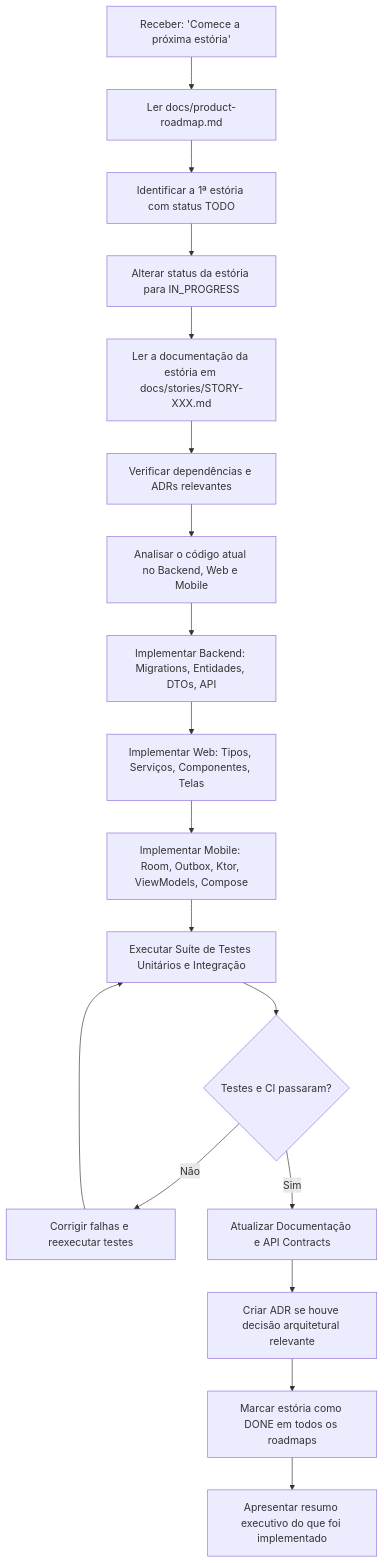
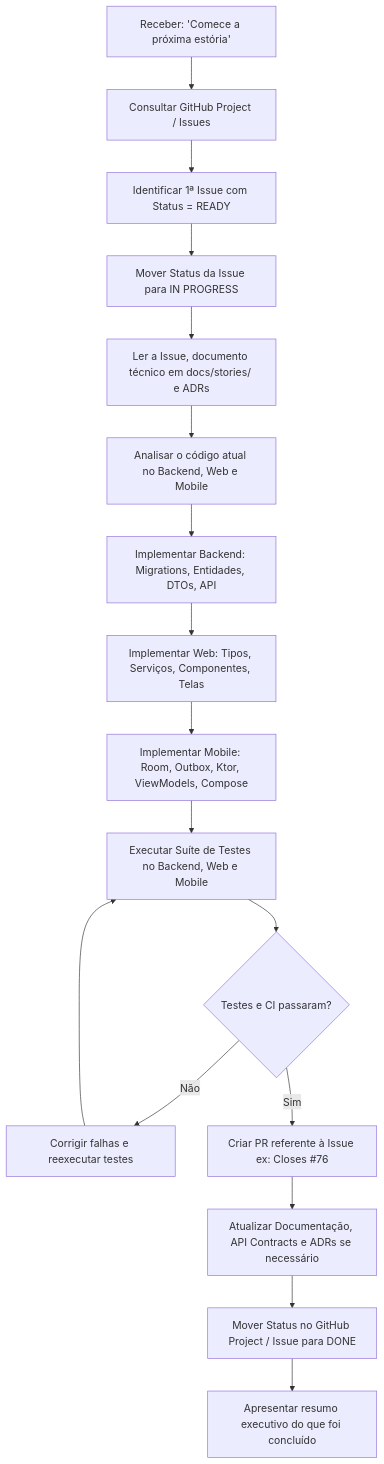
The diagram in docs/stories/README.md (mmetznerm/vehicle-maintenance-history), drawn with Mermaid before and after one commit. The commit also changed other lines of this file and 1 other file, not shown here.

Commit message:
docs: add technical roadmap, story execution guide and 14 vertical stories

````diff
--- a/docs/stories/README.md
+++ b/docs/stories/README.md
@@ -21,20 +52,19 @@
 ```mermaid
 flowchart TD
-    A[Receber: 'Comece a próxima estória'] --> B[Ler docs/product-roadmap.md]
-    B --> C[Identificar a 1ª estória com status TODO]
-    C --> D[Alterar status da estória para IN_PROGRESS]
-    D --> E[Ler a documentação da estória em docs/stories/STORY-XXX.md]
-    E --> F[Verificar dependências e ADRs relevantes]
-    F --> G[Analisar o código atual no Backend, Web e Mobile]
-    G --> H[Implementar Backend: Migrations, Entidades, DTOs, API]
-    H --> I[Implementar Web: Tipos, Serviços, Componentes, Telas]
-    I --> J[Implementar Mobile: Room, Outbox, Ktor, ViewModels, Compose]
-    J --> K[Executar Suíte de Testes Unitários e Integração]
-    K --> L{Testes e CI passaram?}
-    L -- Não --> M[Corrigir falhas e reexecutar testes]
-    M --> K
-    L -- Sim --> N[Atualizar Documentação e API Contracts]
-    N --> O[Criar ADR se houve decisão arquitetural relevante]
-    O --> P[Marcar estória como DONE em todos os roadmaps]
-    P --> Q[Apresentar resumo executivo do que foi implementado]
+    A[Receber: 'Comece a próxima estória'] --> B[Consultar GitHub Project / Issues]
+    B --> C[Identificar 1ª Issue com Status = READY]
+    C --> D[Mover Status da Issue para IN PROGRESS]
+    D --> E[Ler a Issue, documento técnico em docs/stories/ e ADRs]
+    E --> F[Analisar o código atual no Backend, Web e Mobile]
+    F --> G[Implementar Backend: Migrations, Entidades, DTOs, API]
+    G --> H[Implementar Web: Tipos, Serviços, Componentes, Telas]
+    H --> I[Implementar Mobile: Room, Outbox, Ktor, ViewModels, Compose]
+    I --> J[Executar Suíte de Testes no Backend, Web e Mobile]
+    J --> K{Testes e CI passaram?}
+    K -- Não --> L[Corrigir falhas e reexecutar testes]
+    L --> J
+    K -- Sim --> M[Criar PR referente à Issue ex: Closes #76]
+    M --> N[Atualizar Documentação, API Contracts e ADRs se necessário]
+    N --> O[Mover Status no GitHub Project / Issue para DONE]
+    O --> P[Apresentar resumo executivo do que foi concluído]
 ```
````
